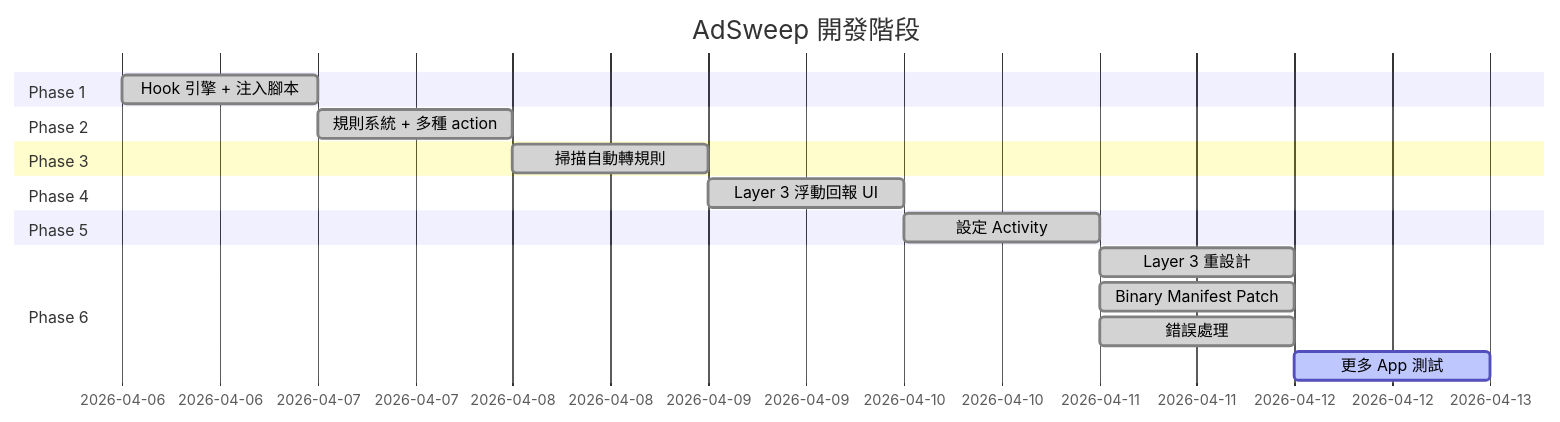
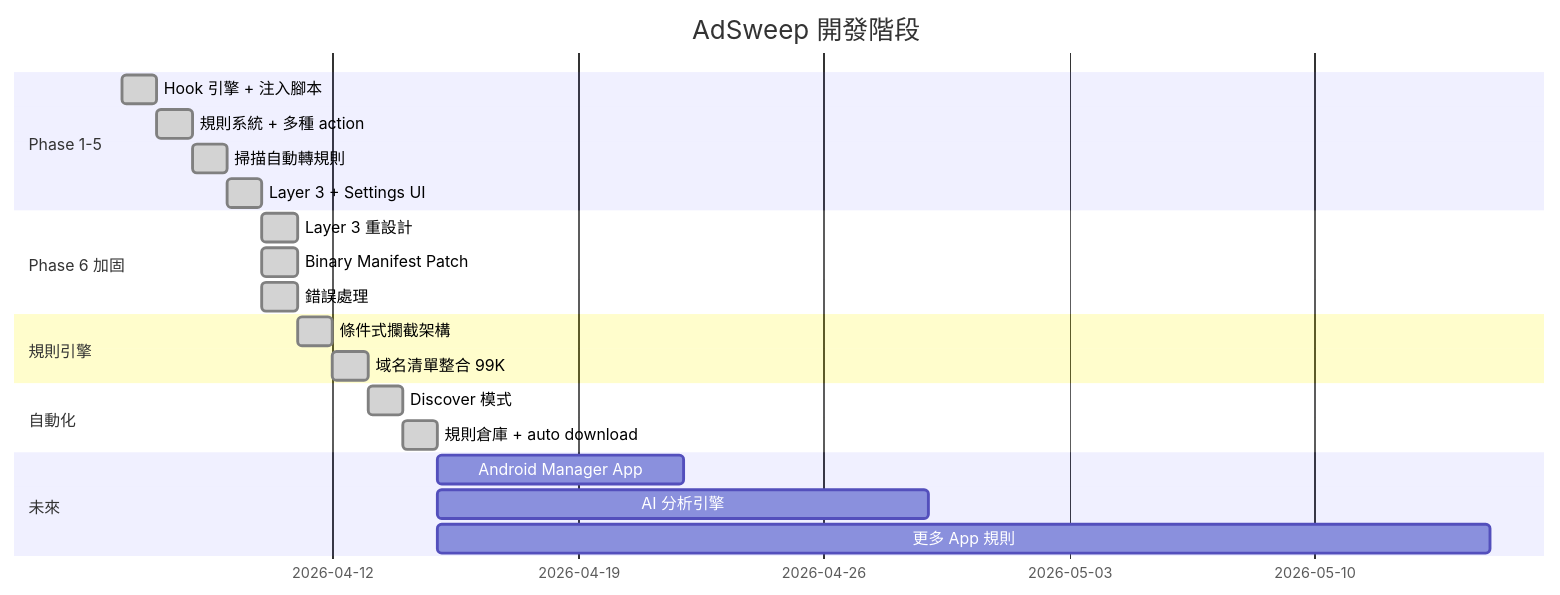
The ninth of 9 diagrams in doc/DESIGN.md (tzyyung/AdSweep), drawn with Mermaid before and after one commit. The commit also changed 5 other files, not shown here.

````diff
--- a/doc/DESIGN.md
+++ b/doc/DESIGN.md
@@ -174,20 +174,24 @@
 ```mermaid
 gantt
     title AdSweep 開發階段
     dateFormat YYYY-MM-DD
-    section Phase 1
+    section Phase 1-5
         Hook 引擎 + 注入腳本     :done, p1, 2026-04-06, 1d
-    section Phase 2
         規則系統 + 多種 action    :done, p2, after p1, 1d
-    section Phase 3
         掃描自動轉規則            :done, p3, after p2, 1d
-    section Phase 4
-        Layer 3 浮動回報 UI       :done, p4, after p3, 1d
-    section Phase 5
-        設定 Activity             :done, p5, after p4, 1d
-    section Phase 6
-        Layer 3 重設計            :done, p6a, after p5, 1d
-        Binary Manifest Patch     :done, p6b, after p5, 1d
-        錯誤處理                  :done, p6c, after p5, 1d
-        更多 App 測試             :active, p6d, after p6a, 1d
+        Layer 3 + Settings UI     :done, p4, after p3, 1d
+    section Phase 6 加固
+        Layer 3 重設計            :done, p6a, after p4, 1d
+        Binary Manifest Patch     :done, p6b, after p4, 1d
+        錯誤處理                  :done, p6c, after p4, 1d
+    section 規則引擎
+        條件式攔截架構            :done, re1, after p6a, 1d
+        域名清單整合 99K          :done, re2, after re1, 1d
+    section 自動化
+        Discover 模式             :done, d1, after re2, 1d
+        規則倉庫 + auto download  :done, d2, after d1, 1d
+    section 未來
+        Android Manager App       :f1, after d2, 7d
+        AI 分析引擎               :f2, after d2, 14d
+        更多 App 規則             :f3, after d2, 30d
 ```
````
